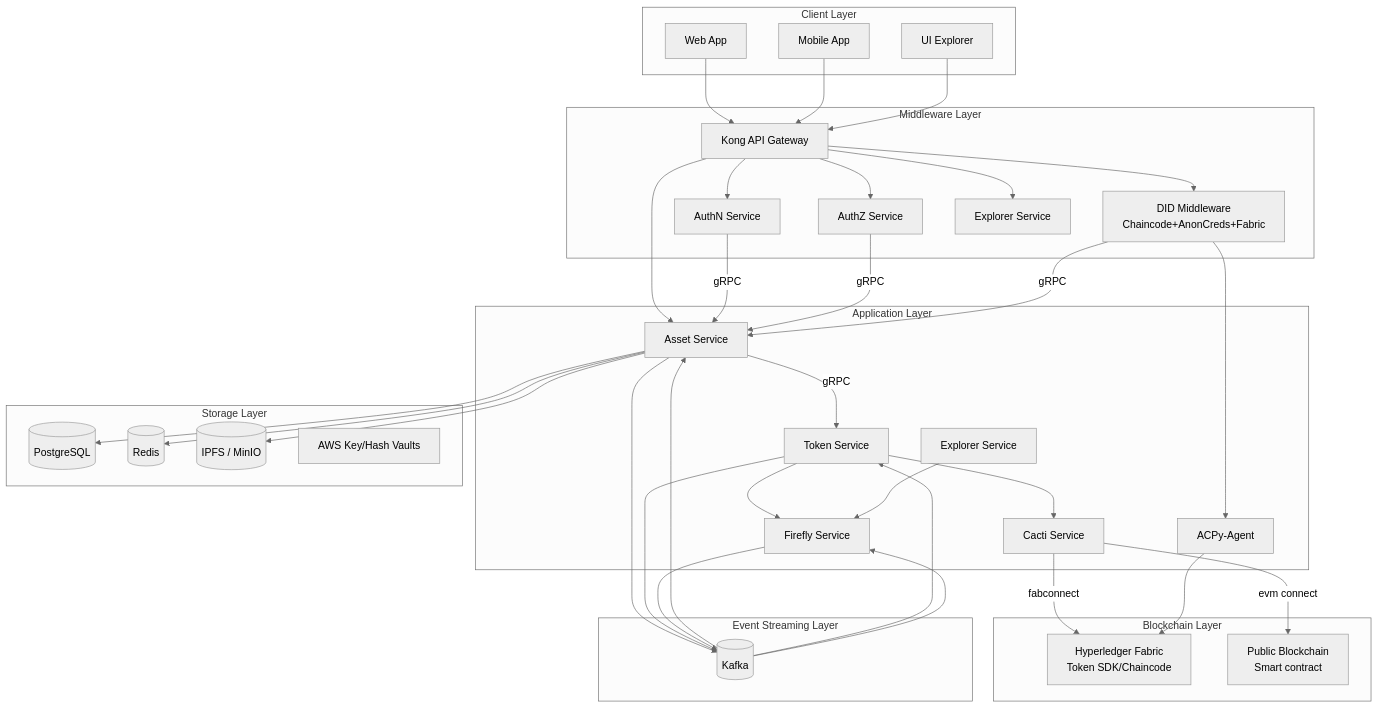
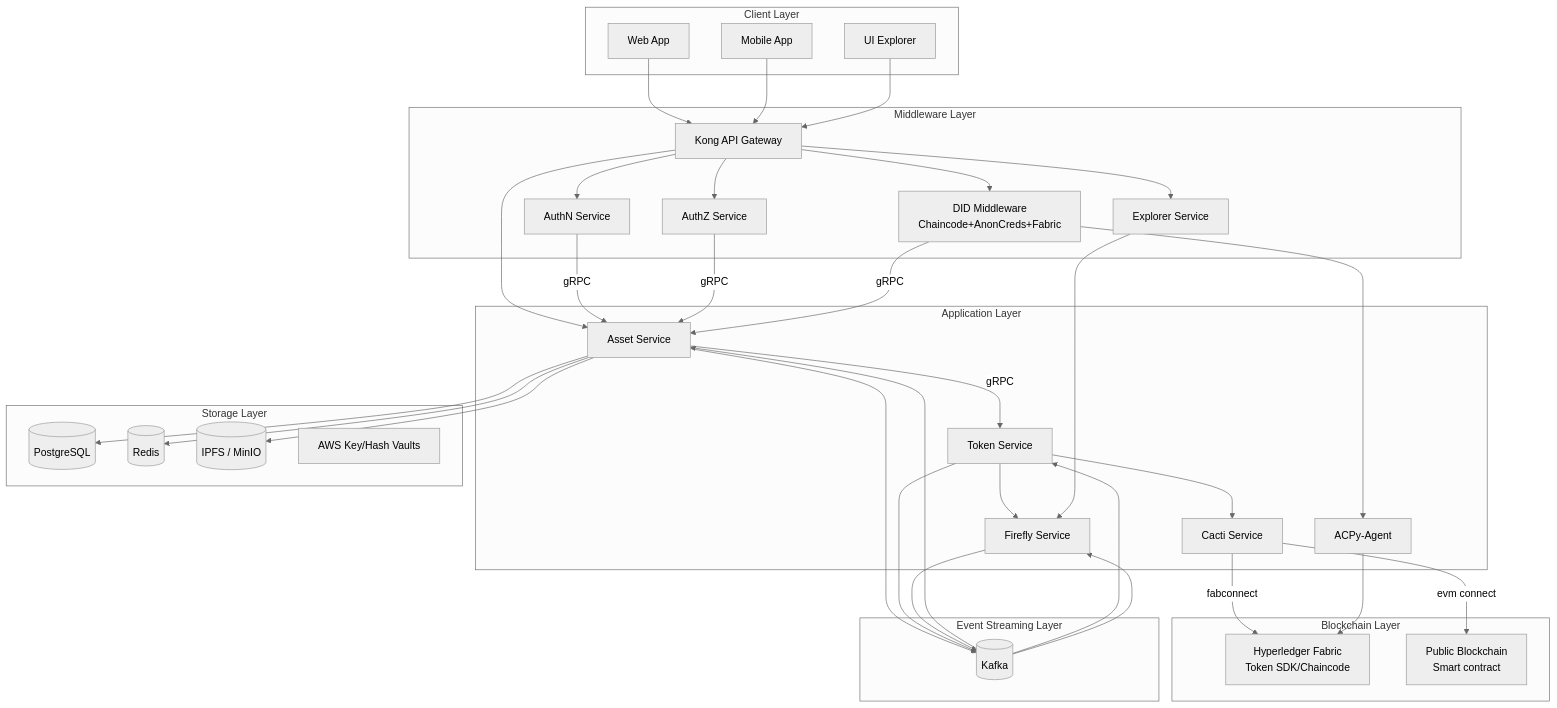
Before and after one commit to metafi-blockchain/metafi-digital-assets-service: the diagram in docs/technical-design.vi.md, drawn with Mermaid (neutral theme).

````diff
--- a/docs/technical-design.vi.md
+++ b/docs/technical-design.vi.md
@@ -7,81 +7,80 @@
 ```mermaid
 graph TD
     %% Client Layer
     subgraph "Client Layer"
         Web[Web App]
         Mobile[Mobile App]
         Explorer[UI Explorer]
     end
 
     %% Middleware Layer
     subgraph "Middleware Layer"
         Gateway[Kong API Gateway]
         AuthN[AuthN Service]
         AuthZ[AuthZ Service]
         DID["DID Middleware<br/>Chaincode+AnonCreds+Fabric"]
         ExplorerService[Explorer Service]
     end
 
     %% Application Layer
     subgraph "Application Layer"
         Asset[Asset Service]
         Token[Token Service]
         Firefly[Firefly Service]
         Cacti[Cacti Service]
-        ExplorerServiceApp[Explorer Service]
         ACAPy[ACPy-Agent]
     end
 
     %% Blockchain Layer
     subgraph "Blockchain Layer"
         Fabric["Hyperledger Fabric\nToken SDK/Chaincode"]
         PublicChain["Public Blockchain\nSmart contract"]
     end
 
     %% Storage Layer
     subgraph "Storage Layer"
         DB[(PostgreSQL)]
         Cache[(Redis)]
         Storage[(IPFS / MinIO)]
         KeyVaults[AWS Key/Hash Vaults]
     end
 
     %% Event Streaming Layer
     subgraph "Event Streaming Layer"
         Kafka[(Kafka)]
     end
 
     Web --> Gateway
     Mobile --> Gateway
     Explorer --> Gateway
 
     Gateway --> AuthN
     Gateway --> AuthZ
     Gateway --> Asset
     Gateway --> DID
     Gateway --> ExplorerService
 
     AuthN --> |gRPC|Asset
     AuthZ -->|gRPC|Asset
     DID --> |gRPC|Asset
 
     Asset --> |gRPC|Token
     Token --> Firefly
     Token --> Cacti
     Cacti -->|fabconnect| Fabric
     Cacti -->|evm connect| PublicChain
 
     Asset --> DB
     Asset --> Cache
     Asset --> Storage
     DID -->ACAPy
     ACAPy -->Fabric
 
     Asset --> Kafka
     Kafka --> Asset
     Token --> Kafka
     Kafka --> Token
     Firefly --> Kafka
     Kafka --> Firefly
-    ExplorerServiceApp --> Firefly
+    ExplorerService --> Firefly
 ```
````
